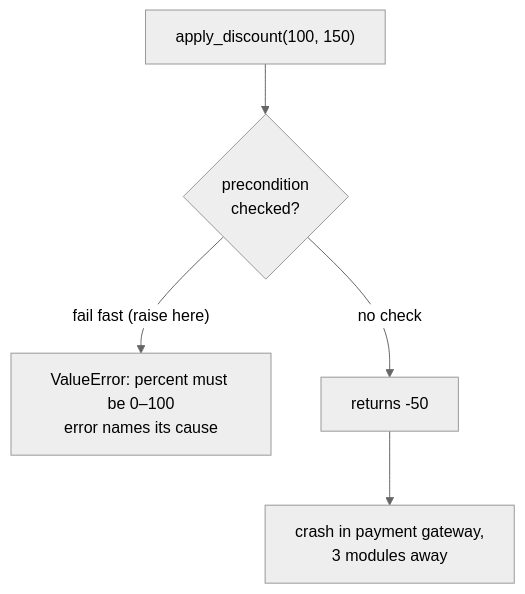
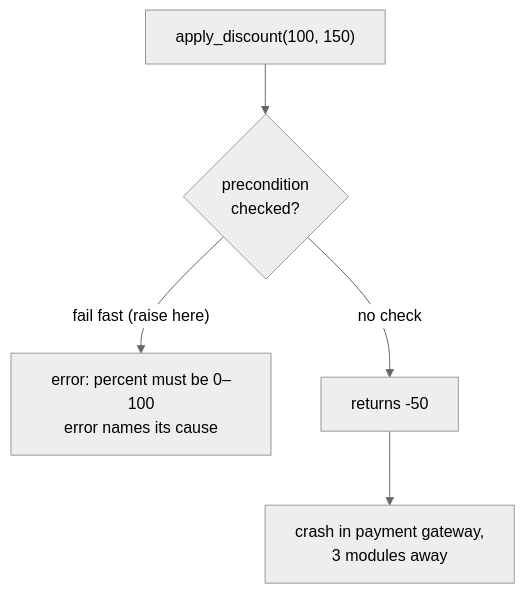
The diagram in src/content/docs/part-2-principles/07-least-astonishment-and-contracts.mdx (Lightbridge-KS/software-design-ai-era), drawn with Mermaid (neutral theme) before and after one commit. The commit also changed other lines of this file and 3 other files, not shown here.

````diff
--- a/src/content/docs/part-2-principles/07-least-astonishment-and-contracts.mdx
+++ b/src/content/docs/part-2-principles/07-least-astonishment-and-contracts.mdx
@@ -67,6 +83,6 @@
 ```mermaid
 flowchart TD
     Bad["apply_discount(100, 150)"] --> Q{"precondition<br/>checked?"}
-    Q -->|"fail fast (raise here)"| Near["ValueError: percent must be 0–100<br/>error names its cause"]
+    Q -->|"fail fast (raise here)"| Near["error: percent must be 0–100<br/>error names its cause"]
     Q -->|"no check"| Corrupt["returns -50"] --> Far["crash in payment gateway,<br/>3 modules away"]
 ```
````
